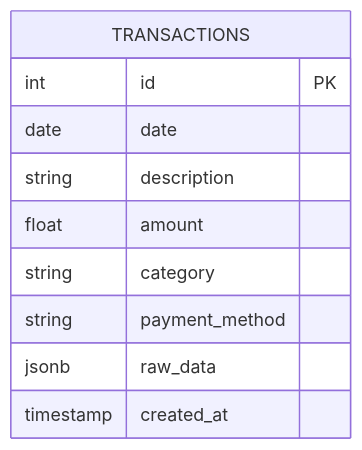
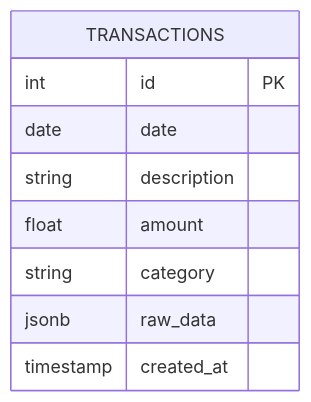
Before and after one commit to simpat-jesus/e-harold-krabs: the second of 2 diagrams in docs/ARCHITECTURE.md, drawn with Mermaid. The commit also changed 4 other files, not shown here.

````diff
--- a/docs/ARCHITECTURE.md
+++ b/docs/ARCHITECTURE.md
@@ -21,13 +21,12 @@
 ```mermaid
 erDiagram
     TRANSACTIONS {
         int id PK
         date date
         string description
         float amount
         string category
-        string payment_method
         jsonb raw_data
         timestamp created_at
     }
 ```
````
